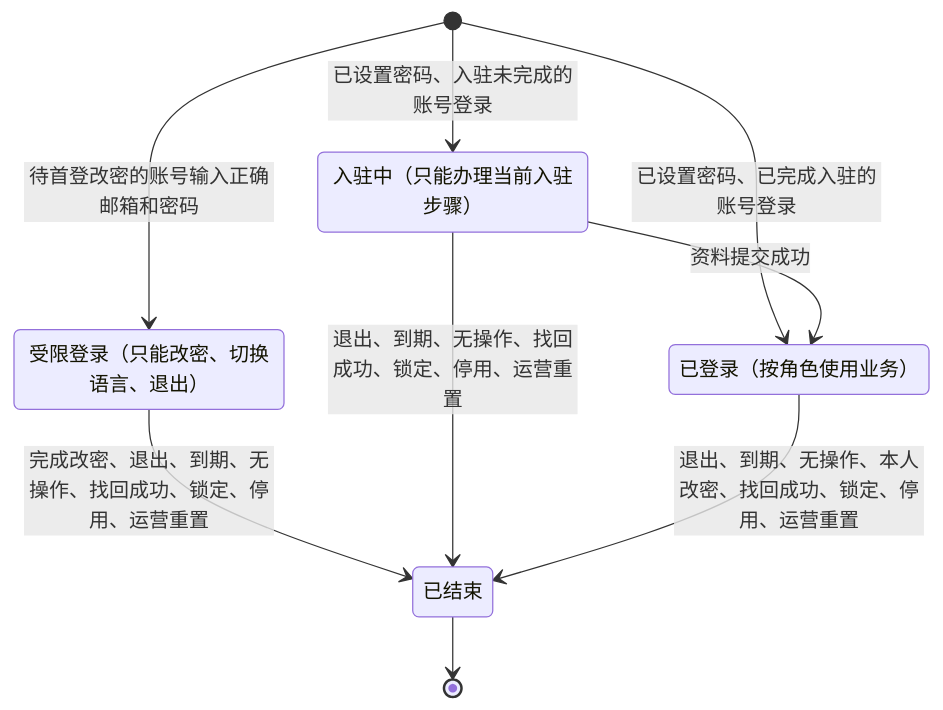
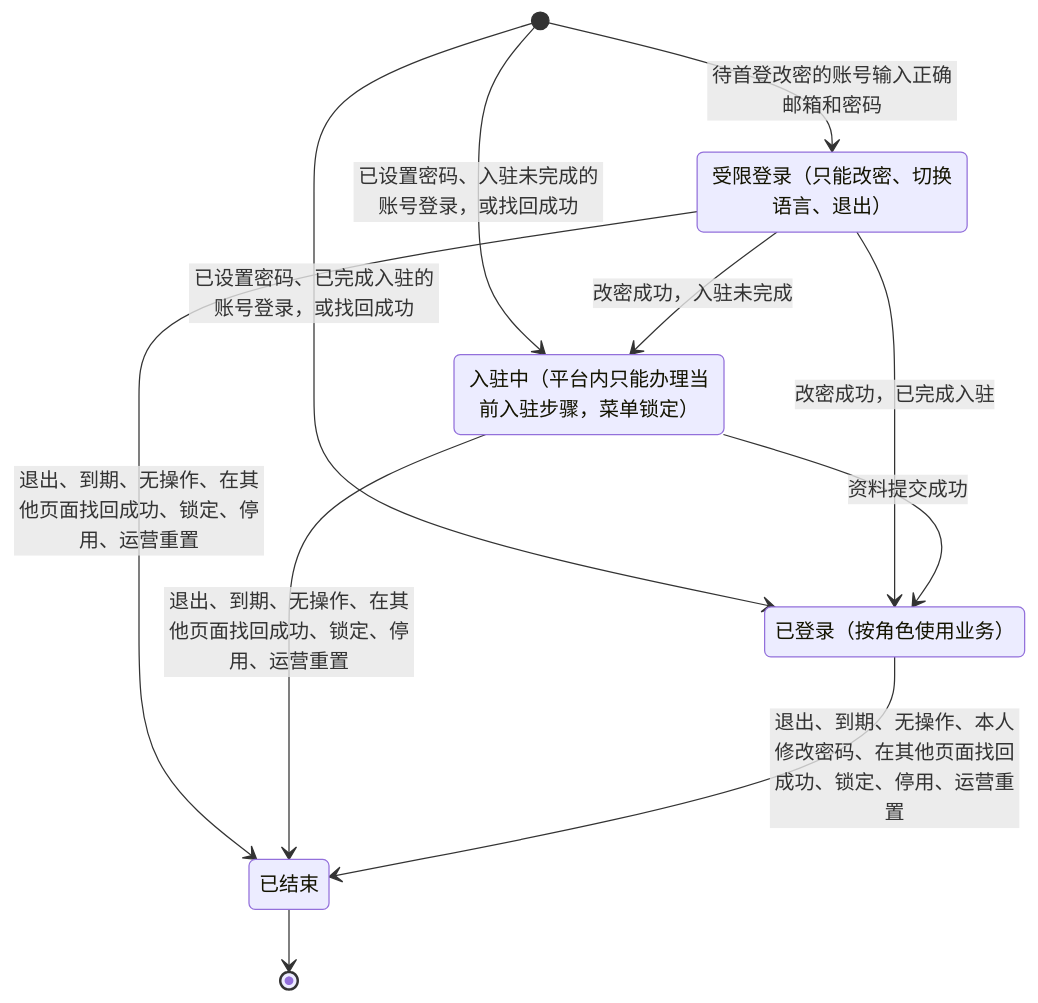
Diagram 11 of 11 in asset-trust-platform/PRD/企业端/M1-企业登录与首次入驻/02-企业登录与首次入驻-流程图与状态机.md (wxblockchain/Chain-Financing), drawn with Mermaid before and after one commit. The commit also changed other lines of this file and 4 other files, not shown here.

````diff
--- a/asset-trust-platform/PRD/企业端/M1-企业登录与首次入驻/02-企业登录与首次入驻-流程图与状态机.md
+++ b/asset-trust-platform/PRD/企业端/M1-企业登录与首次入驻/02-企业登录与首次入驻-流程图与状态机.md
@@ -250,15 +260,17 @@
 ```mermaid
 stateDiagram-v2
     state "受限登录（只能改密、切换语言、退出）" as R
-    state "入驻中（只能办理当前入驻步骤）" as O
+    state "入驻中（平台内只能办理当前入驻步骤，菜单锁定）" as O
     state "已登录（按角色使用业务）" as L
     state "已结束" as E
     [*] --> R: 待首登改密的账号输入正确邮箱和密码
-    [*] --> O: 已设置密码、入驻未完成的账号登录
-    [*] --> L: 已设置密码、已完成入驻的账号登录
+    [*] --> O: 已设置密码、入驻未完成的账号登录，或找回成功
+    [*] --> L: 已设置密码、已完成入驻的账号登录，或找回成功
+    R --> O: 改密成功，入驻未完成
+    R --> L: 改密成功，已完成入驻
     O --> L: 资料提交成功
-    R --> E: 完成改密、退出、到期、无操作、找回成功、锁定、停用、运营重置
-    O --> E: 退出、到期、无操作、找回成功、锁定、停用、运营重置
-    L --> E: 退出、到期、无操作、本人改密、找回成功、锁定、停用、运营重置
+    R --> E: 退出、到期、无操作、在其他页面找回成功、锁定、停用、运营重置
+    O --> E: 退出、到期、无操作、在其他页面找回成功、锁定、停用、运营重置
+    L --> E: 退出、到期、无操作、本人修改密码、在其他页面找回成功、锁定、停用、运营重置
     E --> [*]
 ```
````
